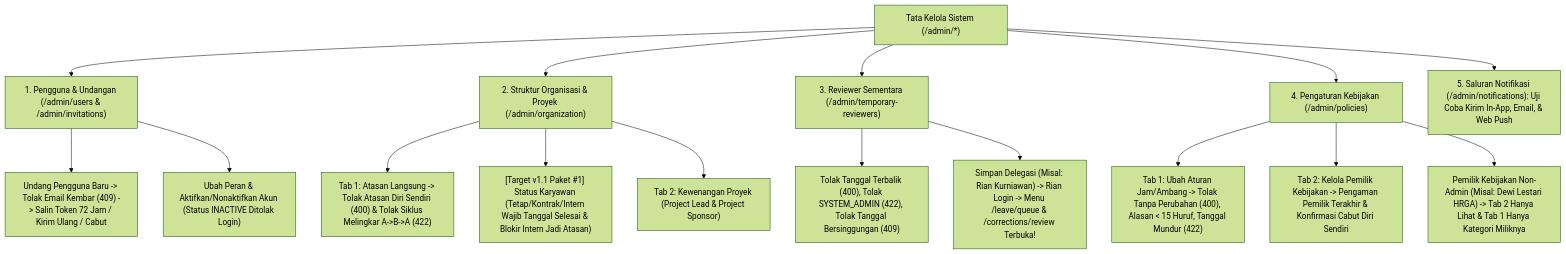
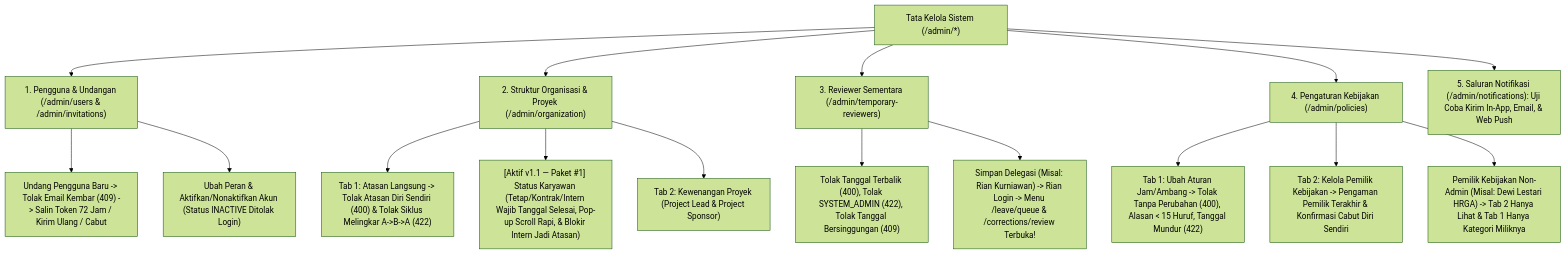
One commit to harrymx1/Dutamedia-WorkPulse changed the eighth of 8 diagrams in UAT/Dokumen-Induk-Alur-dan-Kondisi-Sistem.md. Above: the diagram before and after it, drawn with Mermaid (forest theme). The commit also changed other lines of this file and 1 other file, not shown here.

````diff
--- a/UAT/Dokumen-Induk-Alur-dan-Kondisi-Sistem.md
+++ b/UAT/Dokumen-Induk-Alur-dan-Kondisi-Sistem.md
@@ -1109,18 +1146,18 @@
 ```mermaid
 flowchart TD
     A["Tata Kelola Sistem (/admin/*)"] --> B["1. Pengguna & Undangan (/admin/users & /admin/invitations)"]
     B --> B1["Undang Pengguna Baru -> Tolak Email Kembar (409) -> Salin Token 72 Jam / Kirim Ulang / Cabut"]
     B --> B2["Ubah Peran & Aktifkan/Nonaktifkan Akun (Status INACTIVE Ditolak Login)"]
     A --> C["2. Struktur Organisasi & Proyek (/admin/organization)"]
     C --> C1["Tab 1: Atasan Langsung -> Tolak Atasan Diri Sendiri (400) & Tolak Siklus Melingkar A->B->A (422)"]
-    C --> C2["[Target v1.1 Paket #1] Status Karyawan (Tetap/Kontrak/Intern Wajib Tanggal Selesai & Blokir Intern Jadi Atasan)"]
+    C --> C2["[Aktif v1.1 — Paket #1] Status Karyawan (Tetap/Kontrak/Intern Wajib Tanggal Selesai, Pop-up Scroll Rapi, & Blokir Intern Jadi Atasan)"]
     C --> C3["Tab 2: Kewenangan Proyek (Project Lead & Project Sponsor)"]
     A --> D["3. Reviewer Sementara (/admin/temporary-reviewers)"]
     D --> D1["Tolak Tanggal Terbalik (400), Tolak SYSTEM_ADMIN (422), Tolak Tanggal Bersinggungan (409)"]
     D --> D2["Simpan Delegasi (Misal: Rian Kurniawan) -> Rian Login -> Menu /leave/queue & /corrections/review Terbuka!"]
     A --> E["4. Pengaturan Kebijakan (/admin/policies)"]
     E --> E1["Tab 1: Ubah Aturan Jam/Ambang -> Tolak Tanpa Perubahan (400), Alasan < 15 Huruf, Tanggal Mundur (422)"]
     E --> E2["Tab 2: Kelola Pemilik Kebijakan -> Pengaman Pemilik Terakhir & Konfirmasi Cabut Diri Sendiri"]
     E --> E3["Pemilik Kebijakan Non-Admin (Misal: Dewi Lestari HRGA) -> Tab 2 Hanya Lihat & Tab 1 Hanya Kategori Miliknya"]
     A --> F["5. Saluran Notifikasi (/admin/notifications): Uji Coba Kirim In-App, Email, & Web Push"]
 ```
````
